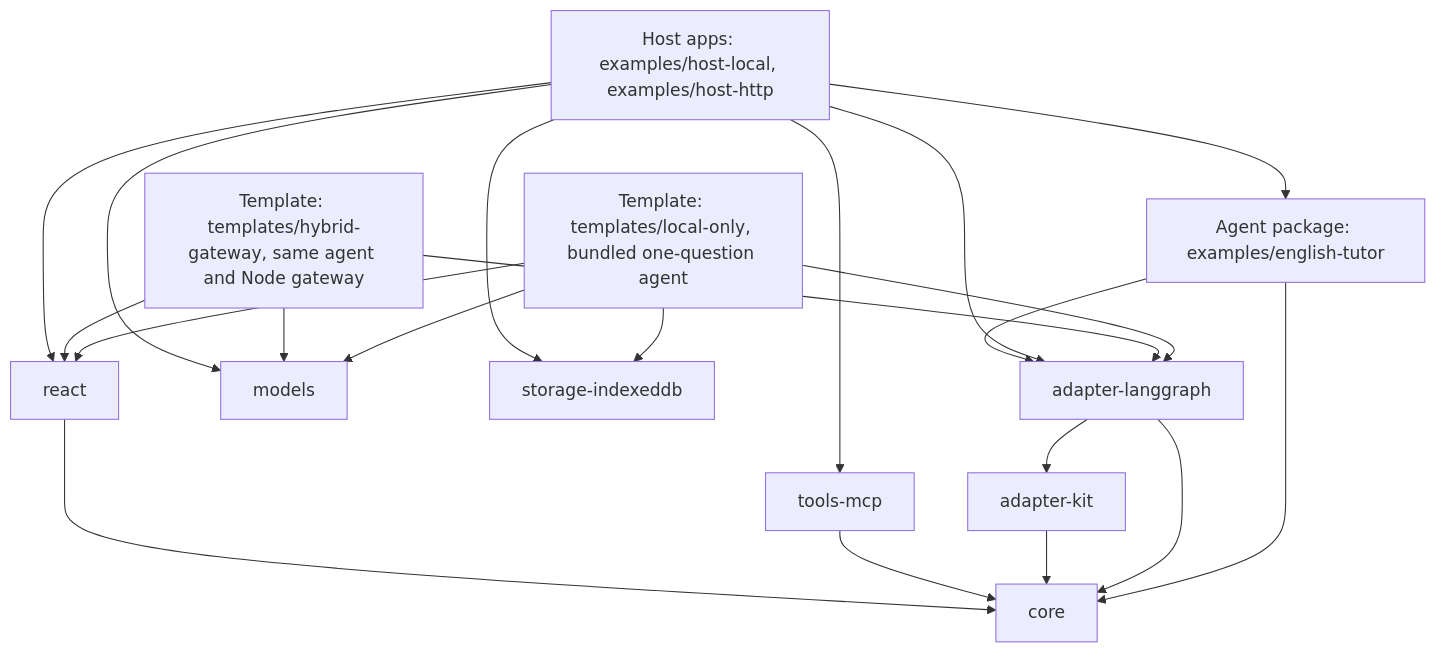
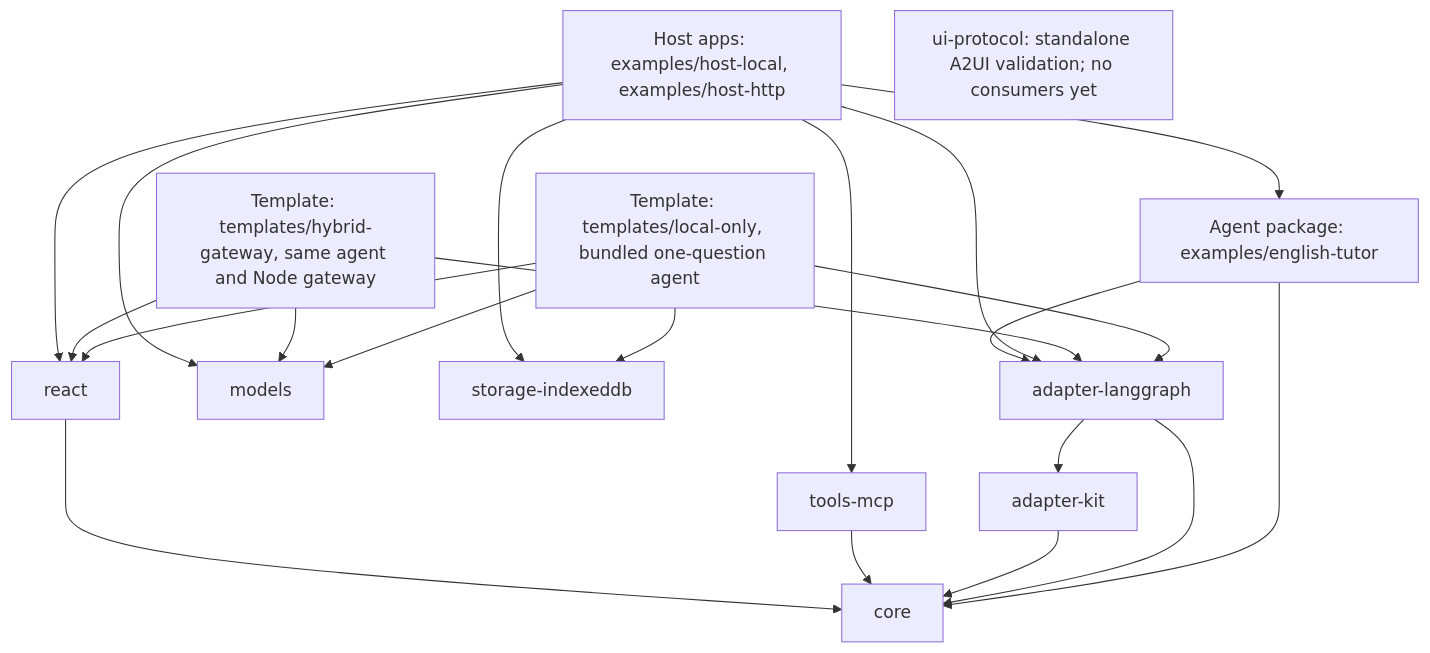
The second of 8 diagrams in docs/system-design.md (vinhnxv/galaxie), drawn with Mermaid before and after one commit. The commit also changed other lines of this file and 32 other files, not shown here.

````diff
--- a/docs/system-design.md
+++ b/docs/system-design.md
@@ -94,14 +94,15 @@
 ```mermaid
 flowchart TD
     Host["Host apps: examples/host-local, examples/host-http"]
     Starter["Template: templates/local-only, bundled one-question agent"]
     Starter --> Adapter & Models & Storage & ReactPkg
     HybridStarter["Template: templates/hybrid-gateway, same agent and Node gateway"]
     HybridStarter --> Adapter & Models & ReactPkg
     Tutor["Agent package: examples/english-tutor"]
     Host --> Tutor
     Host --> Adapter["adapter-langgraph"] & Models["models"] & Mcp["tools-mcp"] & Storage["storage-indexeddb"] & ReactPkg["react"]
     Tutor --> Core["core"] & Adapter
     Adapter --> Kit["adapter-kit"]
+    Protocol["ui-protocol: standalone A2UI validation; no consumers yet"]
     Adapter & Kit & Mcp & ReactPkg --> Core
 ```
````
